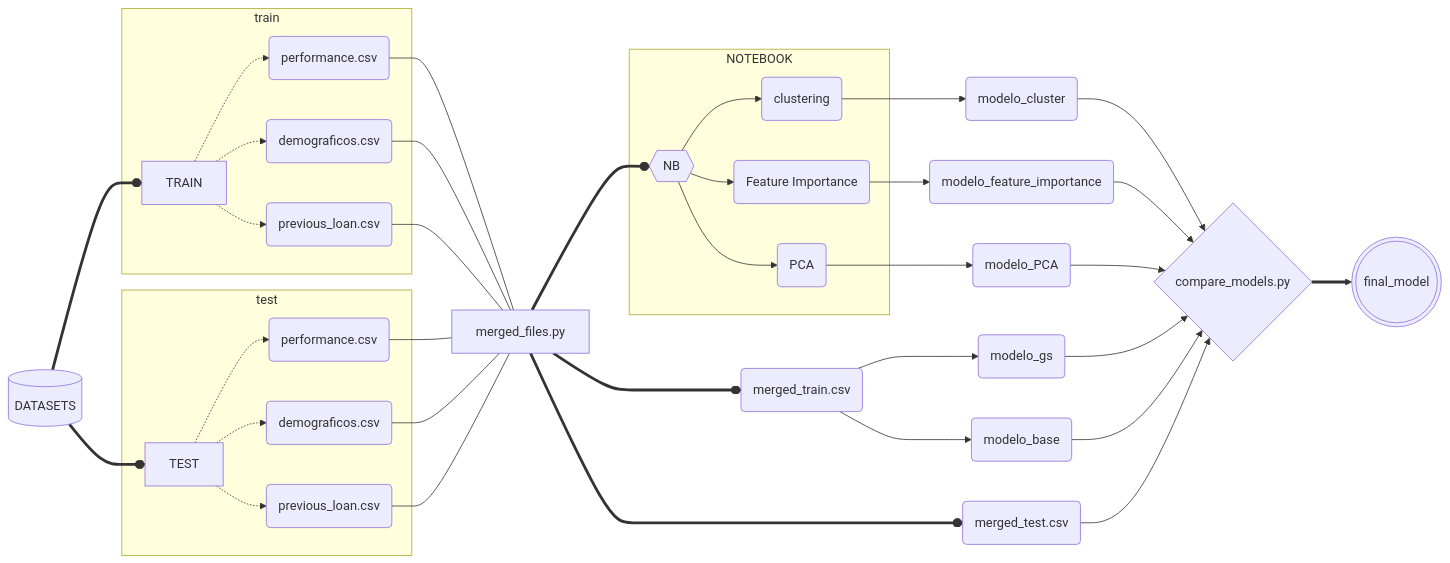
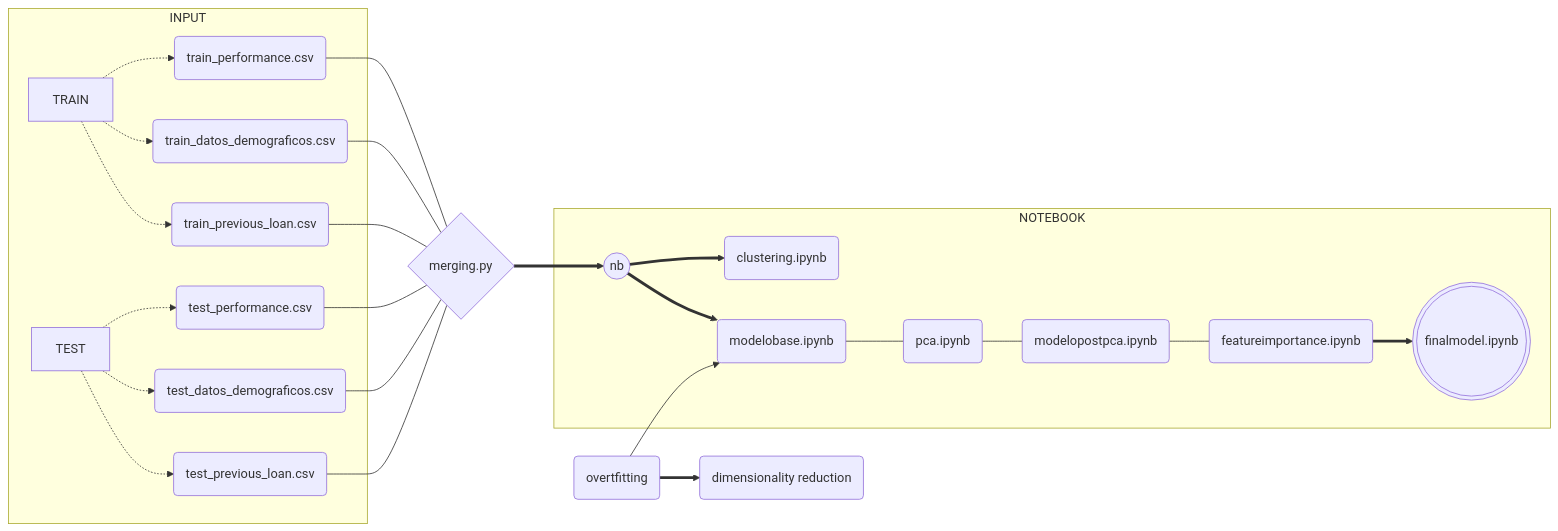
One commit to Data-Project-3/DataProject3 changed the second of 3 diagrams in README.md. Above: the diagram before and after it, drawn with Mermaid. The commit also changed other lines of this file, not shown here.

Commit message:
readme update

````diff
--- a/README.md
+++ b/README.md
@@ -97,41 +97,28 @@
 ```mermaid
 flowchart LR
-A[(DATASETS)] ==oB[TRAIN]
-A[(DATASETS)] ==oC[TEST]
-subgraph train
-B[TRAIN] -.->D(performance.csv)
-B[TRAIN] -.->E(demograficos.csv)
-B[TRAIN] -.->F(previous_loan.csv)
+subgraph INPUT
+B[TRAIN] -.->D(train_performance.csv)
+B[TRAIN] -.->E(train_datos_demograficos.csv)
+B[TRAIN] -.->F(train_previous_loan.csv)
+C[TEST] -.->G(test_performance.csv)
+C[TEST] -.->H(test_datos_demograficos.csv)
+C[TEST] -.->I(test_previous_loan.csv)
 end
-subgraph test
-C[TEST] -.->G(performance.csv)
-C[TEST] -.->H(demograficos.csv)
-C[TEST] -.->I(previous_loan.csv)
+D(train_performance.csv) ---J{merging.py}
+E(train_datos_demograficos.csv) ---J{merging.py}
+F(train_previous_loan.csv) ---J{merging.py}
+G(test_performance.csv) ---J{merging.py}
+H(test_datos_demograficos.csv) ---J{merging.py}
+I(test_previous_loan.csv) ---J{merging.py}
+J{merging.py} ==>K[nb]
+subgraph NOTEBOOK
+K((nb)) ==>L(clustering.ipynb)
+K((nb)) ==>M(modelobase.ipynb)
+M(modelobase.ipynb) ---P(pca.ipynb)
+P(pca.ipynb) ---MM(modelopostpca.ipynb)
+MM(modelopostpca.ipynb) ---FI(featureimportance.ipynb)
+FI(featureimportance.ipynb) ==>FM(((finalmodel.ipynb)))
 end
-D(performance.csv) ---J[merged_files.py]
-E(demograficos.csv) ---J[merged_files.py]
-F(previous_loan.csv) ---J[merged_files.py]
-G(performance.csv) ---J[merged_files.py]
-H(demograficos.csv) ---J[merged_files.py]
-I(previous_loan.csv) ---J[merged_files.py]
-J[merged_files] ==oK[NOTEBOOKS]
-J[merged_files] ==oL(merged_train.csv)
-subgraph NOTEBOOK
-K{{NB}} -->M(clustering)
-K{{NB}} -->N(Feature Importance)
-K{{NB}} -->O(PCA)
-end
-M(clustering) -->P(modelo_cluster)
-N(Feature Importance) -->Q(modelo_feature_importance)
-O(PCA) -->R(modelo_PCA)
-L(merged_train.csv) -->S(modelo_gs)
-L(merged_train.csv) -->T(modelo_base)
-J[merged_files.py] ==oU(merged_test.csv)
-P(modelo_cluster) -->V{compare_models.py}
-Q(modelo_feature_importance) -->V{compare_models.py}
-R(modelo_PCA) -->V{compare_models.py}
-S(modelo_gs) -->V{compare_models.py}
-T(modelo_base) -->V{compare_models.py}
-U(merged_test.csv) -->V{compare_models.py}
-V{compare_models.py} ==> W(((final_model)))
+OO(overtfitting) --> M(modelobase.ipynb)
+OO(overtfitting) ==> DR(dimensionality reduction)
 ```
````
